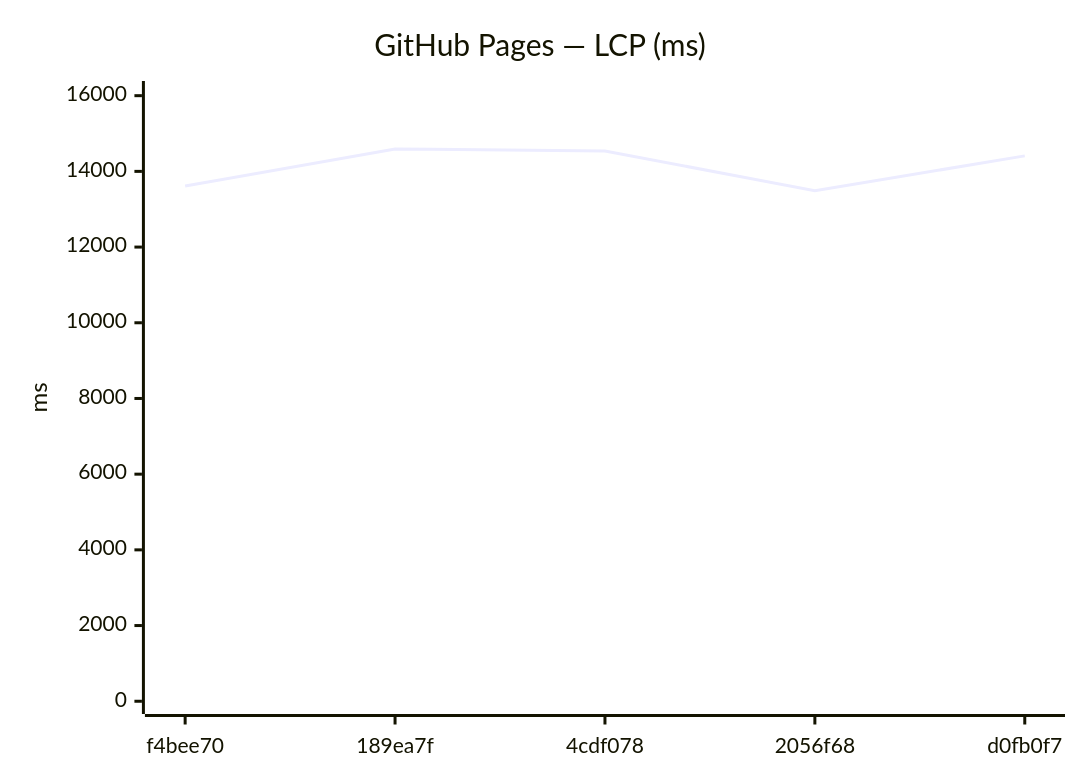
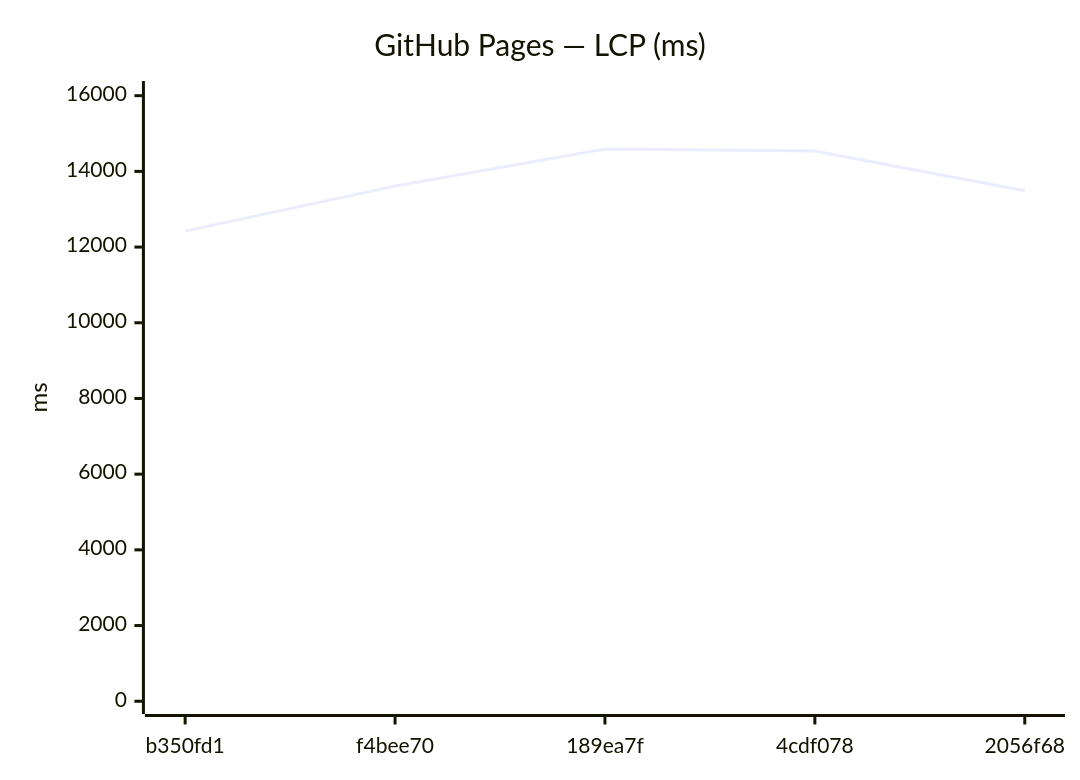
The ninth of 18 diagrams in benchmarks/compare.md (Metaheurist/Rianell), drawn with Mermaid before and after one commit. The commit also changed other lines of this file and 11 other files, not shown here.

````diff
--- a/benchmarks/compare.md
+++ b/benchmarks/compare.md
@@ -142,7 +142,7 @@
 ```mermaid
 xychart-beta
     title "GitHub Pages — LCP (ms)"
-    x-axis ["f4bee70", "189ea7f", "4cdf078", "2056f68", "d0fb0f7"]
+    x-axis ["b350fd1", "f4bee70", "189ea7f", "4cdf078", "2056f68"]
     y-axis "ms" 0 --> 16051
-    line [13612, 14591, 14540, 13488, 14410]
+    line [12421, 13612, 14591, 14540, 13488]
 ```
````
